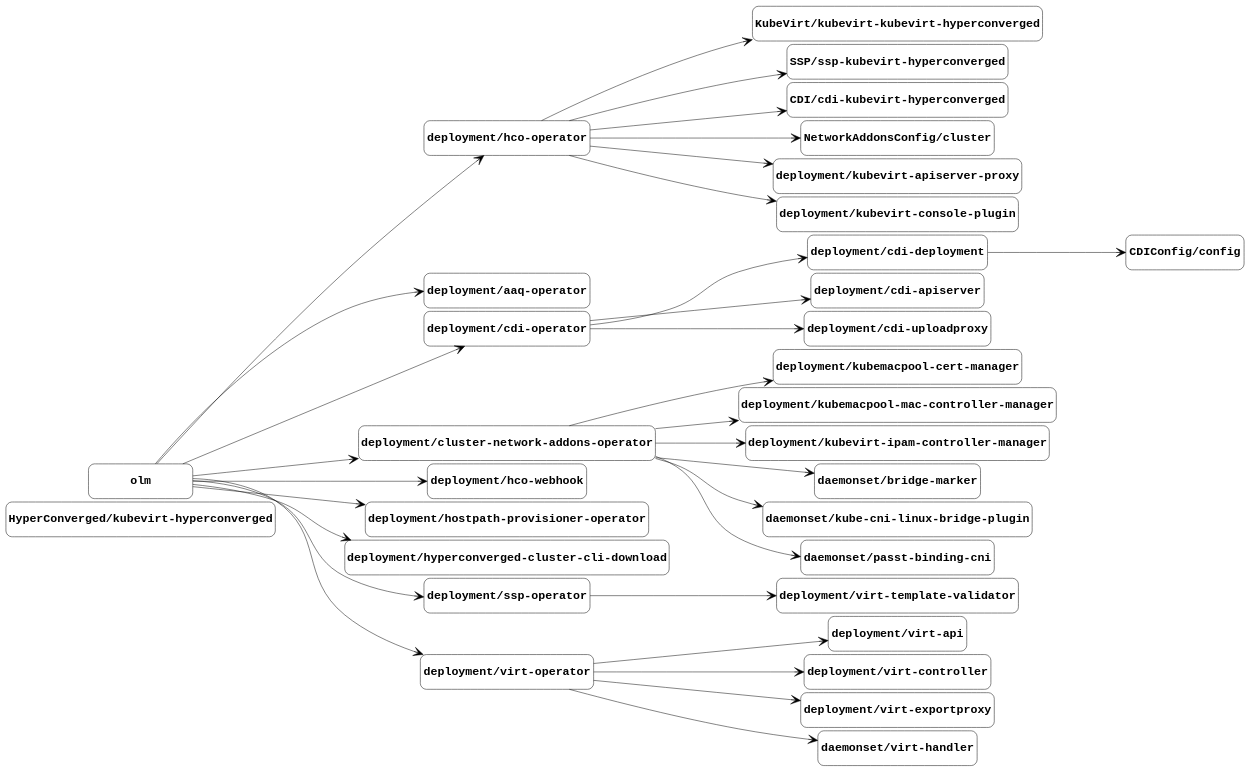
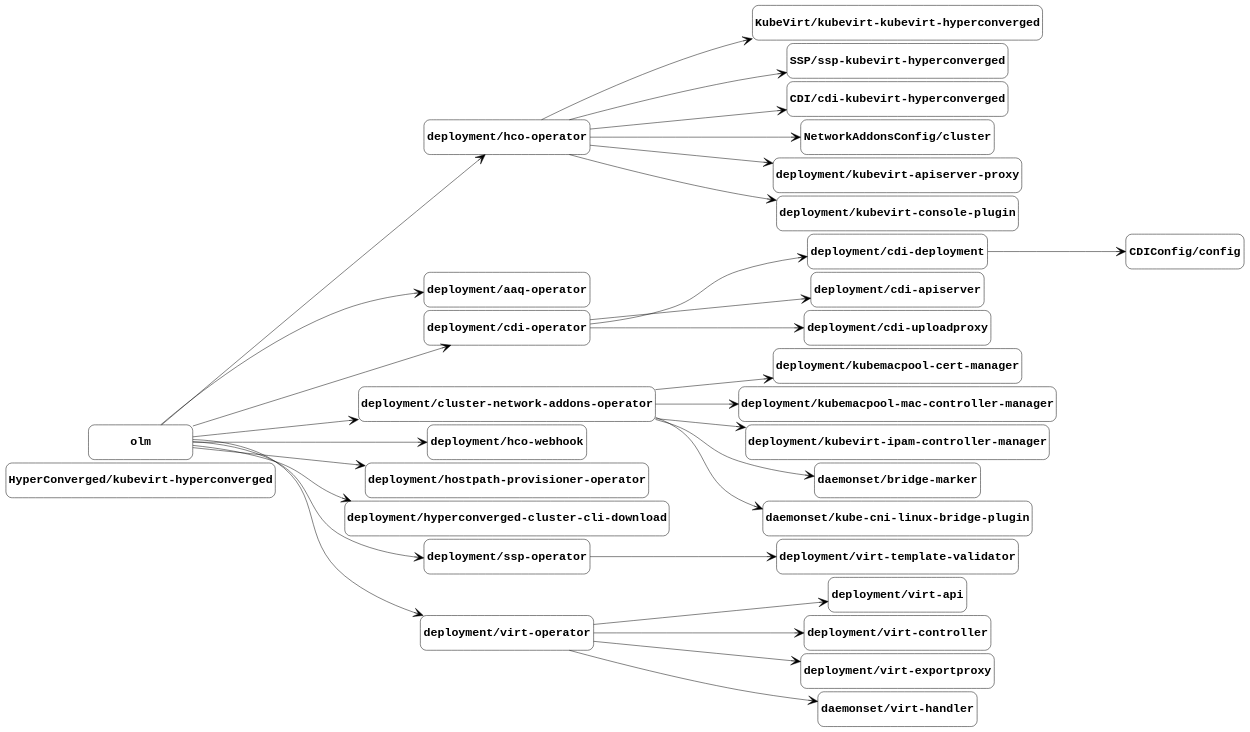
The diagram in docs/managed-by.gv (kubevirt/hyperconverged-cluster-operator), drawn with Graphviz before and after one commit. The commit also changed 3 other files, not shown here.

Commit message:
Update component graphs from the nightly job

```diff
--- a/docs/managed-by.gv
+++ b/docs/managed-by.gv
@@ -1,96 +1,93 @@
 digraph "managed-by" {
 	graph [center=true margin=0.2 nodesep=0.1 rankdir=LR ranksep=2]
 	node [fontname="Courier-Bold" fontsize=24 height=1 shape=box style=rounded width=3]
 	edge [arrowhead=vee arrowsize=2]
 	"HyperConverged/kubevirt-hyperconverged" [label="HyperConverged/kubevirt-hyperconverged"]
 	"KubeVirt/kubevirt-kubevirt-hyperconverged" [label="KubeVirt/kubevirt-kubevirt-hyperconverged"]
 	"deployment/hco-operator" [label="deployment/hco-operator"]
 	"deployment/hco-operator" -> "KubeVirt/kubevirt-kubevirt-hyperconverged"
 	"SSP/ssp-kubevirt-hyperconverged" [label="SSP/ssp-kubevirt-hyperconverged"]
 	"deployment/hco-operator" [label="deployment/hco-operator"]
 	"deployment/hco-operator" -> "SSP/ssp-kubevirt-hyperconverged"
 	"CDI/cdi-kubevirt-hyperconverged" [label="CDI/cdi-kubevirt-hyperconverged"]
 	"deployment/hco-operator" [label="deployment/hco-operator"]
 	"deployment/hco-operator" -> "CDI/cdi-kubevirt-hyperconverged"
 	"CDIConfig/config" [label="CDIConfig/config"]
 	"deployment/cdi-deployment" [label="deployment/cdi-deployment"]
 	"deployment/cdi-deployment" -> "CDIConfig/config"
 	"NetworkAddonsConfig/cluster" [label="NetworkAddonsConfig/cluster"]
 	"deployment/hco-operator" [label="deployment/hco-operator"]
 	"deployment/hco-operator" -> "NetworkAddonsConfig/cluster"
 	"deployment/aaq-operator" [label="deployment/aaq-operator"]
 	olm [label=olm]
 	olm -> "deployment/aaq-operator"
 	"deployment/cdi-apiserver" [label="deployment/cdi-apiserver"]
 	"deployment/cdi-operator" [label="deployment/cdi-operator"]
 	"deployment/cdi-operator" -> "deployment/cdi-apiserver"
 	"deployment/cdi-deployment" [label="deployment/cdi-deployment"]
 	"deployment/cdi-operator" [label="deployment/cdi-operator"]
 	"deployment/cdi-operator" -> "deployment/cdi-deployment"
 	"deployment/cdi-operator" [label="deployment/cdi-operator"]
 	olm [label=olm]
 	olm -> "deployment/cdi-operator"
 	"deployment/cdi-uploadproxy" [label="deployment/cdi-uploadproxy"]
 	"deployment/cdi-operator" [label="deployment/cdi-operator"]
 	"deployment/cdi-operator" -> "deployment/cdi-uploadproxy"
 	"deployment/cluster-network-addons-operator" [label="deployment/cluster-network-addons-operator"]
 	olm [label=olm]
 	olm -> "deployment/cluster-network-addons-operator"
 	"deployment/hco-operator" [label="deployment/hco-operator"]
 	olm [label=olm]
 	olm -> "deployment/hco-operator"
 	"deployment/hco-webhook" [label="deployment/hco-webhook"]
 	olm [label=olm]
 	olm -> "deployment/hco-webhook"
 	"deployment/hostpath-provisioner-operator" [label="deployment/hostpath-provisioner-operator"]
 	olm [label=olm]
 	olm -> "deployment/hostpath-provisioner-operator"
 	"deployment/hyperconverged-cluster-cli-download" [label="deployment/hyperconverged-cluster-cli-download"]
 	olm [label=olm]
 	olm -> "deployment/hyperconverged-cluster-cli-download"
 	"deployment/kubemacpool-cert-manager" [label="deployment/kubemacpool-cert-manager"]
 	"deployment/cluster-network-addons-operator" [label="deployment/cluster-network-addons-operator"]
 	"deployment/cluster-network-addons-operator" -> "deployment/kubemacpool-cert-manager"
 	"deployment/kubemacpool-mac-controller-manager" [label="deployment/kubemacpool-mac-controller-manager"]
 	"deployment/cluster-network-addons-operator" [label="deployment/cluster-network-addons-operator"]
 	"deployment/cluster-network-addons-operator" -> "deployment/kubemacpool-mac-controller-manager"
 	"deployment/kubevirt-apiserver-proxy" [label="deployment/kubevirt-apiserver-proxy"]
 	"deployment/hco-operator" [label="deployment/hco-operator"]
 	"deployment/hco-operator" -> "deployment/kubevirt-apiserver-proxy"
 	"deployment/kubevirt-console-plugin" [label="deployment/kubevirt-console-plugin"]
 	"deployment/hco-operator" [label="deployment/hco-operator"]
 	"deployment/hco-operator" -> "deployment/kubevirt-console-plugin"
 	"deployment/kubevirt-ipam-controller-manager" [label="deployment/kubevirt-ipam-controller-manager"]
 	"deployment/cluster-network-addons-operator" [label="deployment/cluster-network-addons-operator"]
 	"deployment/cluster-network-addons-operator" -> "deployment/kubevirt-ipam-controller-manager"
 	"deployment/ssp-operator" [label="deployment/ssp-operator"]
 	olm [label=olm]
 	olm -> "deployment/ssp-operator"
 	"deployment/virt-api" [label="deployment/virt-api"]
 	"deployment/virt-operator" [label="deployment/virt-operator"]
 	"deployment/virt-operator" -> "deployment/virt-api"
 	"deployment/virt-controller" [label="deployment/virt-controller"]
 	"deployment/virt-operator" [label="deployment/virt-operator"]
 	"deployment/virt-operator" -> "deployment/virt-controller"
 	"deployment/virt-exportproxy" [label="deployment/virt-exportproxy"]
 	"deployment/virt-operator" [label="deployment/virt-operator"]
 	"deployment/virt-operator" -> "deployment/virt-exportproxy"
 	"deployment/virt-operator" [label="deployment/virt-operator"]
 	olm [label=olm]
 	olm -> "deployment/virt-operator"
 	"deployment/virt-template-validator" [label="deployment/virt-template-validator"]
 	"deployment/ssp-operator" [label="deployment/ssp-operator"]
 	"deployment/ssp-operator" -> "deployment/virt-template-validator"
 	"daemonset/bridge-marker" [label="daemonset/bridge-marker"]
 	"deployment/cluster-network-addons-operator" [label="deployment/cluster-network-addons-operator"]
 	"deployment/cluster-network-addons-operator" -> "daemonset/bridge-marker"
 	"daemonset/kube-cni-linux-bridge-plugin" [label="daemonset/kube-cni-linux-bridge-plugin"]
 	"deployment/cluster-network-addons-operator" [label="deployment/cluster-network-addons-operator"]
 	"deployment/cluster-network-addons-operator" -> "daemonset/kube-cni-linux-bridge-plugin"
-	"daemonset/passt-binding-cni" [label="daemonset/passt-binding-cni"]
-	"deployment/cluster-network-addons-operator" [label="deployment/cluster-network-addons-operator"]
-	"deployment/cluster-network-addons-operator" -> "daemonset/passt-binding-cni"
 	"daemonset/virt-handler" [label="daemonset/virt-handler"]
 	"deployment/virt-operator" [label="deployment/virt-operator"]
 	"deployment/virt-operator" -> "daemonset/virt-handler"
 }
```
